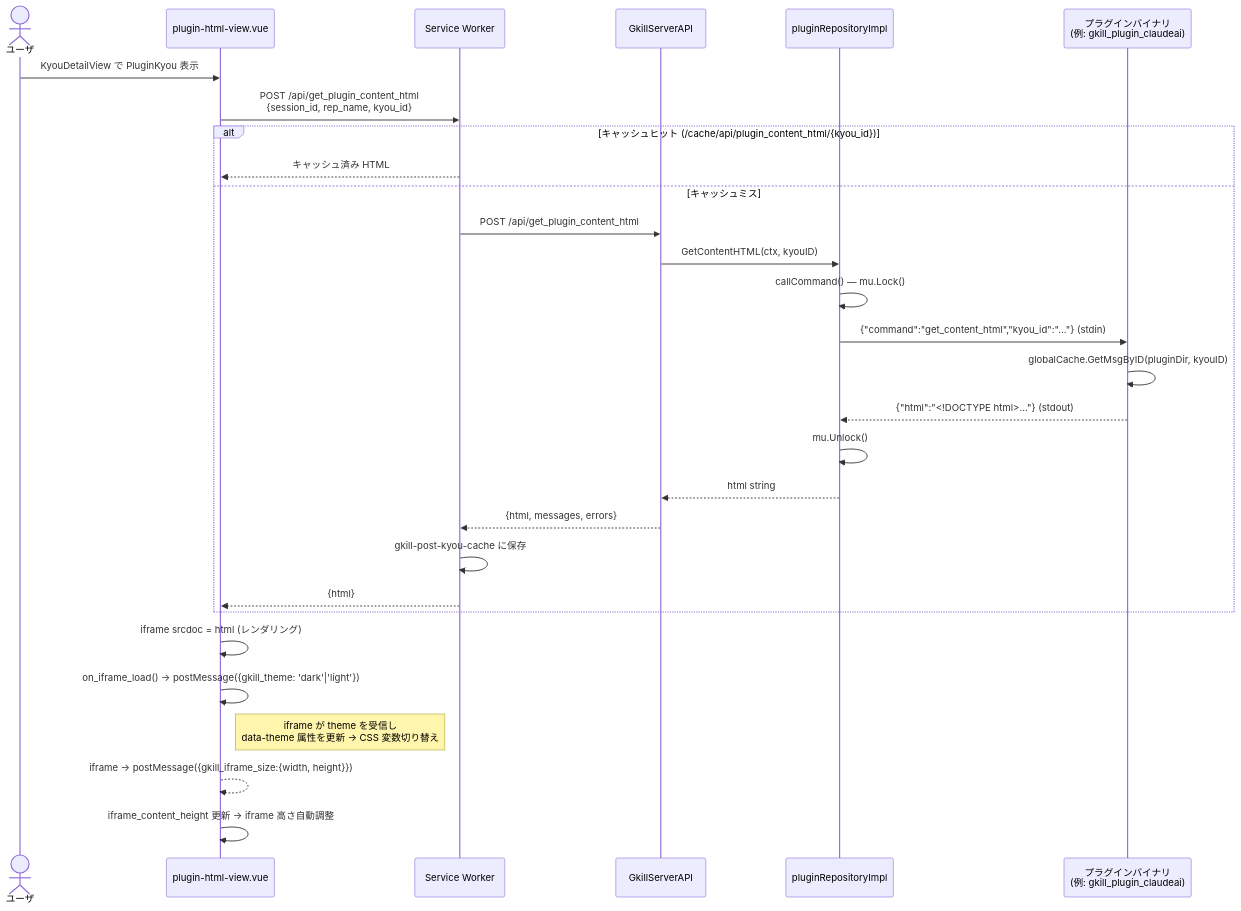
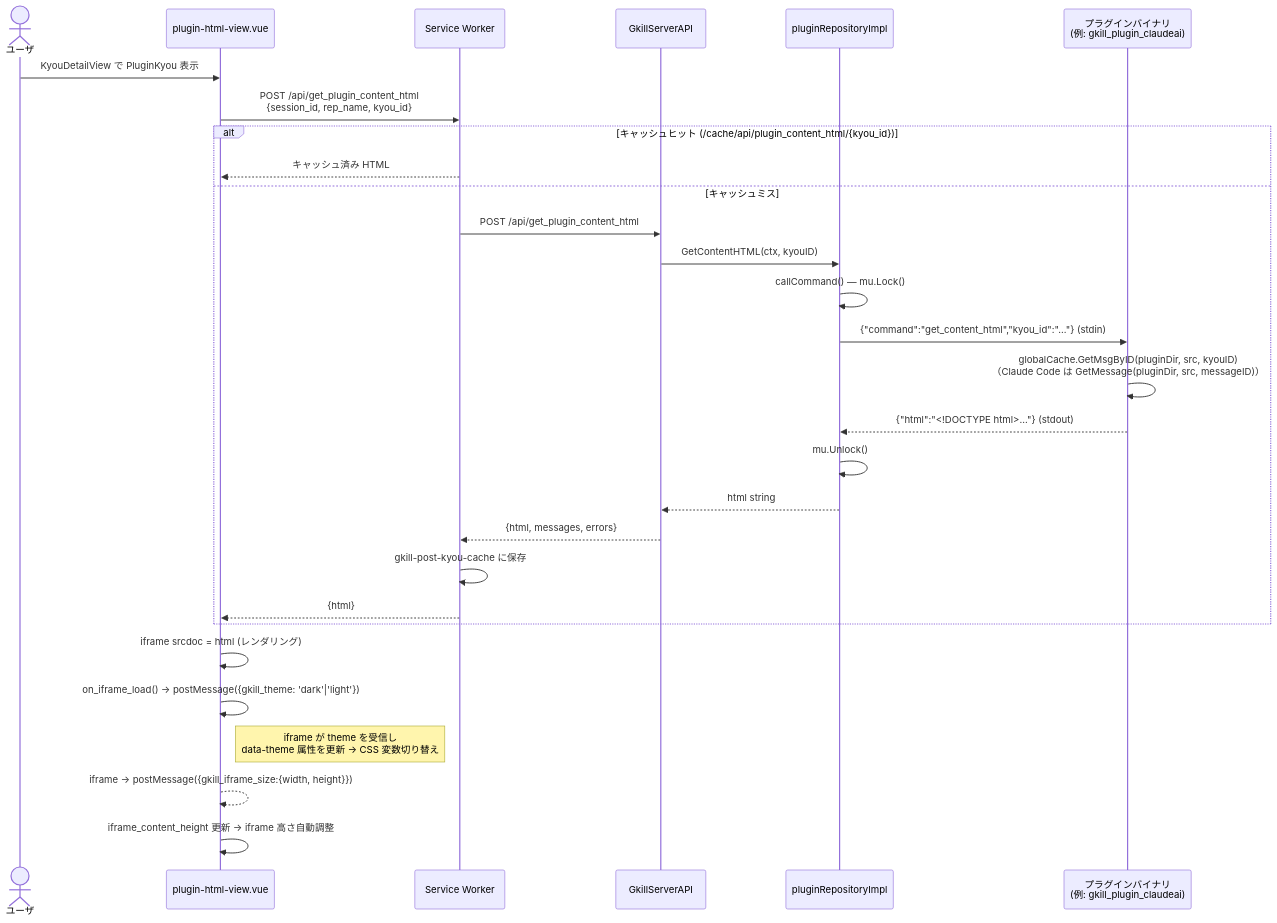
Before and after one commit to mt3hr/gkill: diagram 22 of 27 in documents/reverse/sequence-diagrams.md, drawn with Mermaid. The commit also changed other lines of this file and 25 other files, not shown here.

````diff
--- a/documents/reverse/sequence-diagrams.md
+++ b/documents/reverse/sequence-diagrams.md
@@ -637,32 +655,32 @@
 ```mermaid
 sequenceDiagram
     actor User as ユーザ
     participant UI as plugin-html-view.vue
     participant SW as Service Worker
     participant API as GkillServerAPI
     participant PluginRepo as pluginRepositoryImpl
     participant Plugin as プラグインバイナリ<br>(例: gkill_plugin_claudeai)
 
     User->>UI: KyouDetailView で PluginKyou 表示
     UI->>SW: POST /api/get_plugin_content_html<br>{session_id, rep_name, kyou_id}
     alt キャッシュヒット (/cache/api/plugin_content_html/{kyou_id})
         SW-->>UI: キャッシュ済み HTML
     else キャッシュミス
         SW->>API: POST /api/get_plugin_content_html
         API->>PluginRepo: GetContentHTML(ctx, kyouID)
         PluginRepo->>PluginRepo: callCommand() — mu.Lock()
         PluginRepo->>Plugin: {"command":"get_content_html","kyou_id":"..."} (stdin)
-        Plugin->>Plugin: globalCache.GetMsgByID(pluginDir, kyouID)
+        Plugin->>Plugin: globalCache.GetMsgByID(pluginDir, src, kyouID)<br>（Claude Code は GetMessage(pluginDir, src, messageID)）
         Plugin-->>PluginRepo: {"html":"<!DOCTYPE html>..."} (stdout)
         PluginRepo->>PluginRepo: mu.Unlock()
         PluginRepo-->>API: html string
         API-->>SW: {html, messages, errors}
         SW->>SW: gkill-post-kyou-cache に保存
         SW-->>UI: {html}
     end
     UI->>UI: iframe srcdoc = html (レンダリング)
     UI->>UI: on_iframe_load() → postMessage({gkill_theme: 'dark'|'light'})
     Note right of UI: iframe が theme を受信し<br>data-theme 属性を更新 → CSS 変数切り替え
     UI-->>UI: iframe → postMessage({gkill_iframe_size:{width, height}})
     UI->>UI: iframe_content_height 更新 → iframe 高さ自動調整
 ```
````
